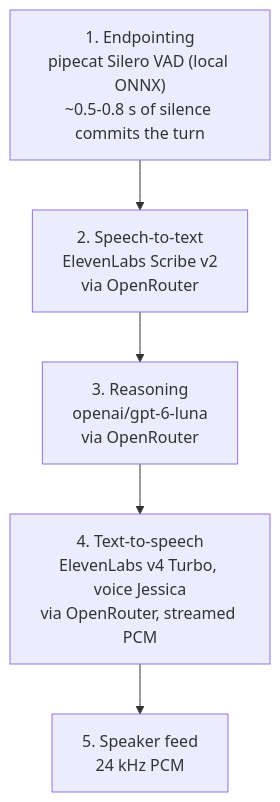
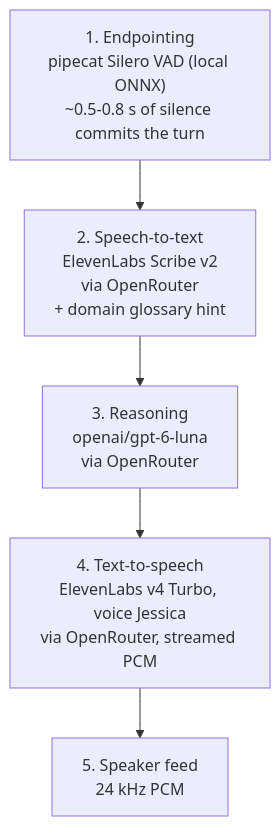
One commit to abstract-business-systems/virtual-worker changed the second of 5 diagrams in docs/friday-architecture.md. Above: the diagram before and after it, drawn with Mermaid. The commit also changed other lines of this file, not shown here.

Commit message:
Document the recognition glossary in the architecture doc

````diff
--- a/docs/friday-architecture.md
+++ b/docs/friday-architecture.md
@@ -28,9 +28,9 @@
 ```mermaid
 flowchart TB
     V["1. Endpointing<br/>pipecat Silero VAD (local ONNX)<br/>~0.5-0.8 s of silence commits the turn"]
-    S["2. Speech-to-text<br/>ElevenLabs Scribe v2<br/>via OpenRouter"]
+    S["2. Speech-to-text<br/>ElevenLabs Scribe v2<br/>via OpenRouter<br/>+ domain glossary hint"]
     R["3. Reasoning<br/>openai/gpt-6-luna<br/>via OpenRouter"]
     T["4. Text-to-speech<br/>ElevenLabs v4 Turbo, voice Jessica<br/>via OpenRouter, streamed PCM"]
     P["5. Speaker feed<br/>24 kHz PCM"]
     V --> S --> R --> T --> P
 ```
````
